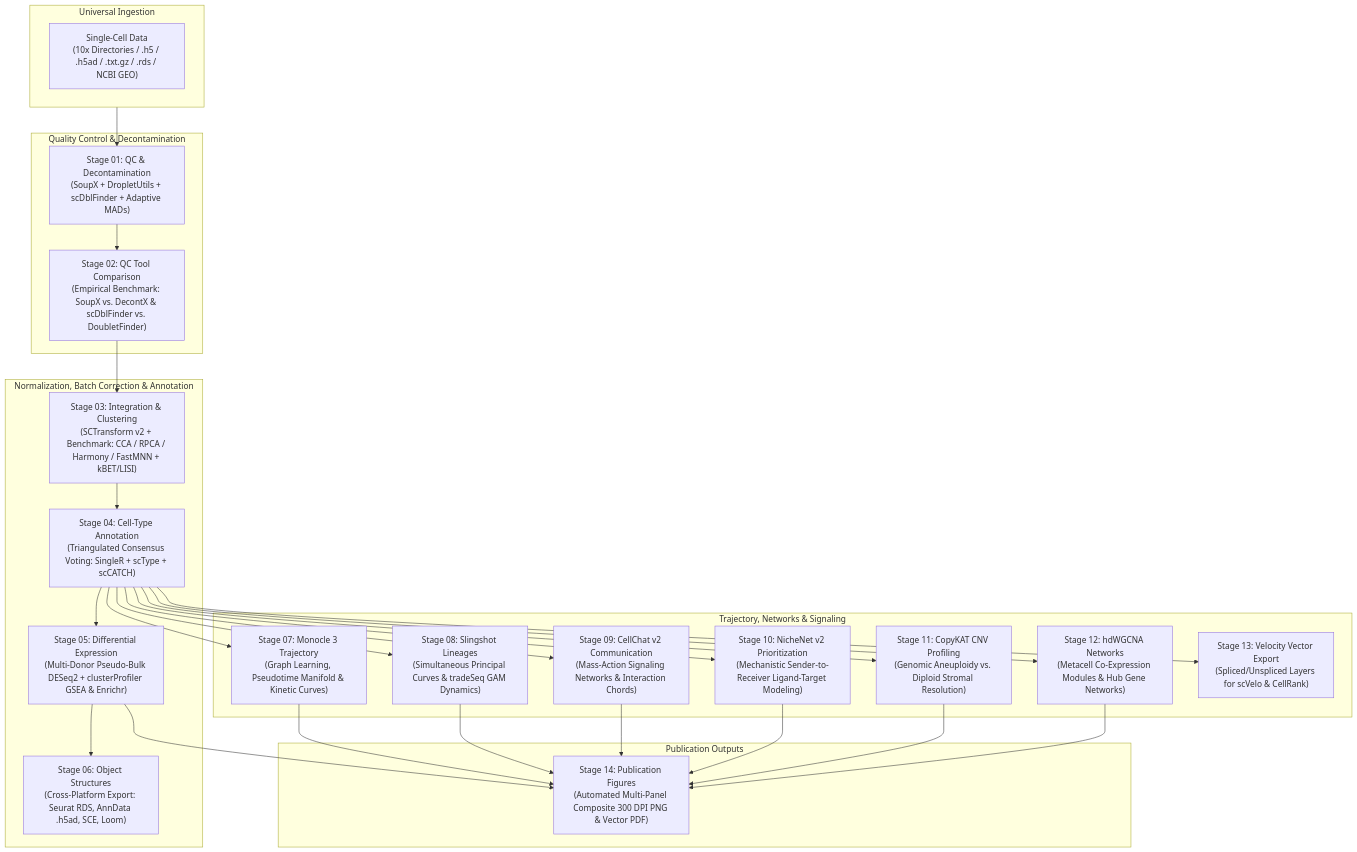
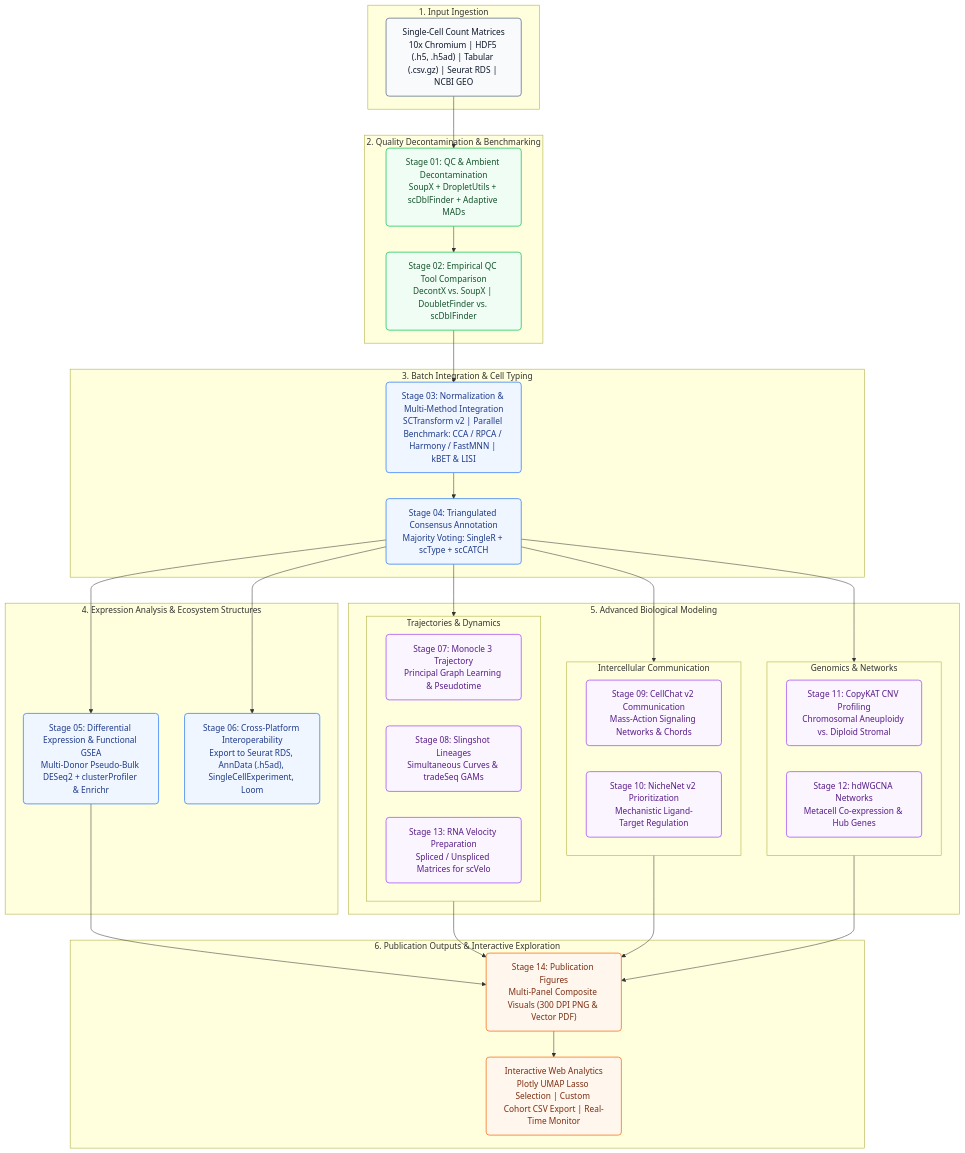
Before and after one commit to VENKATESH-282/scRATool: the diagram in README.md, drawn with Mermaid. The commit also changed other lines of this file, not shown here.

Commit message:
docs: restructure Pipeline Architecture into organized 6-phase tiered workflow and dataflow table

````diff
--- a/README.md
+++ b/README.md
@@ -125,49 +127,63 @@
 ```mermaid
 flowchart TD
-    subgraph INGESTION ["Universal Ingestion"]
-        A["Single-Cell Data<br/>(10x Directories / .h5 / .h5ad / .txt.gz / .rds / NCBI GEO)"]
+    classDef inputStyle fill:#f8fafc,stroke:#64748b,stroke-width:1.5px,color:#0f172a,rx:6px,ry:6px;
+    classDef qcStyle fill:#f0fdf4,stroke:#22c55e,stroke-width:1.5px,color:#14532d,rx:6px,ry:6px;
+    classDef coreStyle fill:#eff6ff,stroke:#3b82f6,stroke-width:1.5px,color:#1e3a8a,rx:6px,ry:6px;
+    classDef advStyle fill:#faf5ff,stroke:#a855f7,stroke-width:1.5px,color:#581c87,rx:6px,ry:6px;
+    classDef outStyle fill:#fff7ed,stroke:#f97316,stroke-width:1.5px,color:#7c2d12,rx:6px,ry:6px;
+
+    subgraph PHASE1 ["1. Input Ingestion"]
+        INP["Single-Cell Count Matrices<br/>10x Chromium | HDF5 (.h5, .h5ad) | Tabular (.csv.gz) | Seurat RDS | NCBI GEO"]:::inputStyle
     end
 
-    subgraph QC ["Quality Control & Decontamination"]
-        B["Stage 01: QC & Decontamination<br/>(SoupX + DropletUtils + scDblFinder + Adaptive MADs)"]
-        C["Stage 02: QC Tool Comparison<br/>(Empirical Benchmark: SoupX vs. DecontX & scDblFinder vs. DoubletFinder)"]
+    subgraph PHASE2 ["2. Quality Decontamination & Benchmarking"]
+        S01["Stage 01: QC & Ambient Decontamination<br/>SoupX + DropletUtils + scDblFinder + Adaptive MADs"]:::qcStyle
+        S02["Stage 02: Empirical QC Tool Comparison<br/>DecontX vs. SoupX | DoubletFinder vs. scDblFinder"]:::qcStyle
+        S01 --> S02
     end
 
-    subgraph INTEGRATION ["Normalization, Batch Correction & Annotation"]
-        D["Stage 03: Integration & Clustering<br/>(SCTransform v2 + Benchmark: CCA / RPCA / Harmony / FastMNN + kBET/LISI)"]
-        E["Stage 04: Cell-Type Annotation<br/>(Triangulated Consensus Voting: SingleR + scType + scCATCH)"]
-        F["Stage 05: Differential Expression<br/>(Multi-Donor Pseudo-Bulk DESeq2 + clusterProfiler GSEA & Enrichr)"]
-        G["Stage 06: Object Structures<br/>(Cross-Platform Export: Seurat RDS, AnnData .h5ad, SCE, Loom)"]
+    subgraph PHASE3 ["3. Batch Integration & Cell Typing"]
+        S03["Stage 03: Normalization & Multi-Method Integration<br/>SCTransform v2 | Parallel Benchmark: CCA / RPCA / Harmony / FastMNN | kBET & LISI"]:::coreStyle
+        S04["Stage 04: Triangulated Consensus Annotation<br/>Majority Voting: SingleR + scType + scCATCH"]:::coreStyle
+        S03 --> S04
     end
 
-    subgraph ADVANCED ["Trajectory, Networks & Signaling"]
-        H["Stage 07: Monocle 3 Trajectory<br/>(Graph Learning, Pseudotime Manifold & Kinetic Curves)"]
-        I["Stage 08: Slingshot Lineages<br/>(Simultaneous Principal Curves & tradeSeq GAM Dynamics)"]
-        J["Stage 09: CellChat v2 Communication<br/>(Mass-Action Signaling Networks & Interaction Chords)"]
-        K["Stage 10: NicheNet v2 Prioritization<br/>(Mechanistic Sender-to-Receiver Ligand-Target Modeling)"]
-        L["Stage 11: CopyKAT CNV Profiling<br/>(Genomic Aneuploidy vs. Diploid Stromal Resolution)"]
-        M["Stage 12: hdWGCNA Networks<br/>(Metacell Co-Expression Modules & Hub Gene Networks)"]
-        N["Stage 13: Velocity Vector Export<br/>(Spliced/Unspliced Layers for scVelo & CellRank)"]
+    subgraph PHASE4 ["4. Expression Analysis & Ecosystem Structures"]
+        S05["Stage 05: Differential Expression & Functional GSEA<br/>Multi-Donor Pseudo-Bulk DESeq2 + clusterProfiler & Enrichr"]:::coreStyle
+        S06["Stage 06: Cross-Platform Interoperability<br/>Export to Seurat RDS, AnnData (.h5ad), SingleCellExperiment, Loom"]:::coreStyle
     end
 
-    subgraph FIGURES ["Publication Outputs"]
-        O["Stage 14: Publication Figures<br/>(Automated Multi-Panel Composite 300 DPI PNG & Vector PDF)"]
+    subgraph PHASE5 ["5. Advanced Biological Modeling"]
+        subgraph STREAM_TRAJ ["Trajectories & Dynamics"]
+            S07["Stage 07: Monocle 3 Trajectory<br/>Principal Graph Learning & Pseudotime"]:::advStyle
+            S08["Stage 08: Slingshot Lineages<br/>Simultaneous Curves & tradeSeq GAMs"]:::advStyle
+            S13["Stage 13: RNA Velocity Preparation<br/>Spliced / Unspliced Matrices for scVelo"]:::advStyle
+        end
+        subgraph STREAM_COMM ["Intercellular Communication"]
+            S09["Stage 09: CellChat v2 Communication<br/>Mass-Action Signaling Networks & Chords"]:::advStyle
+            S10["Stage 10: NicheNet v2 Prioritization<br/>Mechanistic Ligand-Target Regulation"]:::advStyle
+        end
+        subgraph STREAM_GENOM ["Genomics & Networks"]
+            S11["Stage 11: CopyKAT CNV Profiling<br/>Chromosomal Aneuploidy vs. Diploid Stromal"]:::advStyle
+            S12["Stage 12: hdWGCNA Networks<br/>Metacell Co-expression & Hub Genes"]:::advStyle
+        end
     end
 
-    INGESTION --> B
-    B --> C --> D --> E --> F --> G
-    E --> H
-    E --> I
-    E --> J
-    E --> K
-    E --> L
-    E --> M
-    E --> N
-    F --> O
-    H --> O
-    I --> O
-    J --> O
-    K --> O
-    L --> O
-    M --> O
+    subgraph PHASE6 ["6. Publication Outputs & Interactive Exploration"]
+        S14["Stage 14: Publication Figures<br/>Multi-Panel Composite Visuals (300 DPI PNG & Vector PDF)"]:::outStyle
+        GUI["Interactive Web Analytics<br/>Plotly UMAP Lasso Selection | Custom Cohort CSV Export | Real-Time Monitor"]:::outStyle
+    end
+
+    INP --> S01
+    S02 --> S03
+    S04 --> S05
+    S04 --> S06
+    S04 --> STREAM_TRAJ
+    S04 --> STREAM_COMM
+    S04 --> STREAM_GENOM
+    S05 --> S14
+    STREAM_TRAJ --> S14
+    STREAM_COMM --> S14
+    STREAM_GENOM --> S14
+    S14 --> GUI
 ```
````
